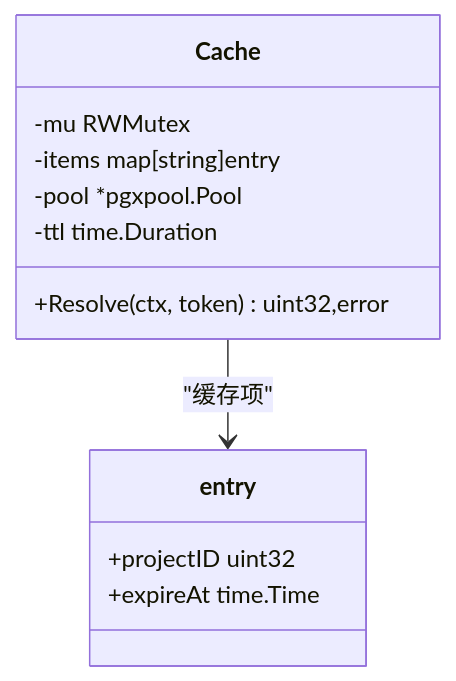
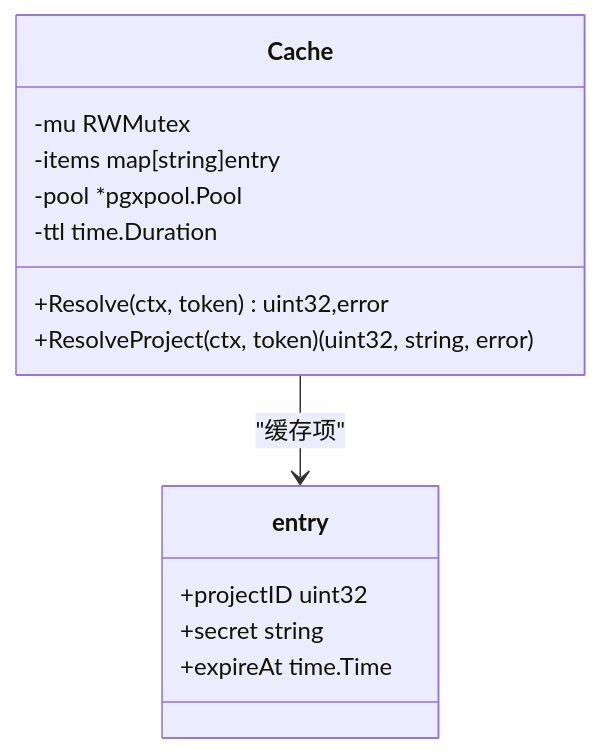
Before and after one commit to zhen-zhong/AeroLog: the fourth of 6 diagrams in .qoder/repowiki/zh/content/后端服务架构/Collector服务.md, drawn with Mermaid. The commit also changed other lines of this file and 130 other files, not shown here.

````diff
--- a/.qoder/repowiki/zh/content/后端服务架构/Collector服务.md
+++ b/.qoder/repowiki/zh/content/后端服务架构/Collector服务.md
@@ -219,15 +255,17 @@
 ```mermaid
 classDiagram
 class Cache {
 -mu RWMutex
 -items map[string]entry
 -pool *pgxpool.Pool
 -ttl time.Duration
 +Resolve(ctx, token) uint32,error
++ResolveProject(ctx, token) (uint32, string, error)
 }
 class entry {
 +projectID uint32
++secret string
 +expireAt time.Time
 }
 Cache --> entry : "缓存项"
 ```
````
